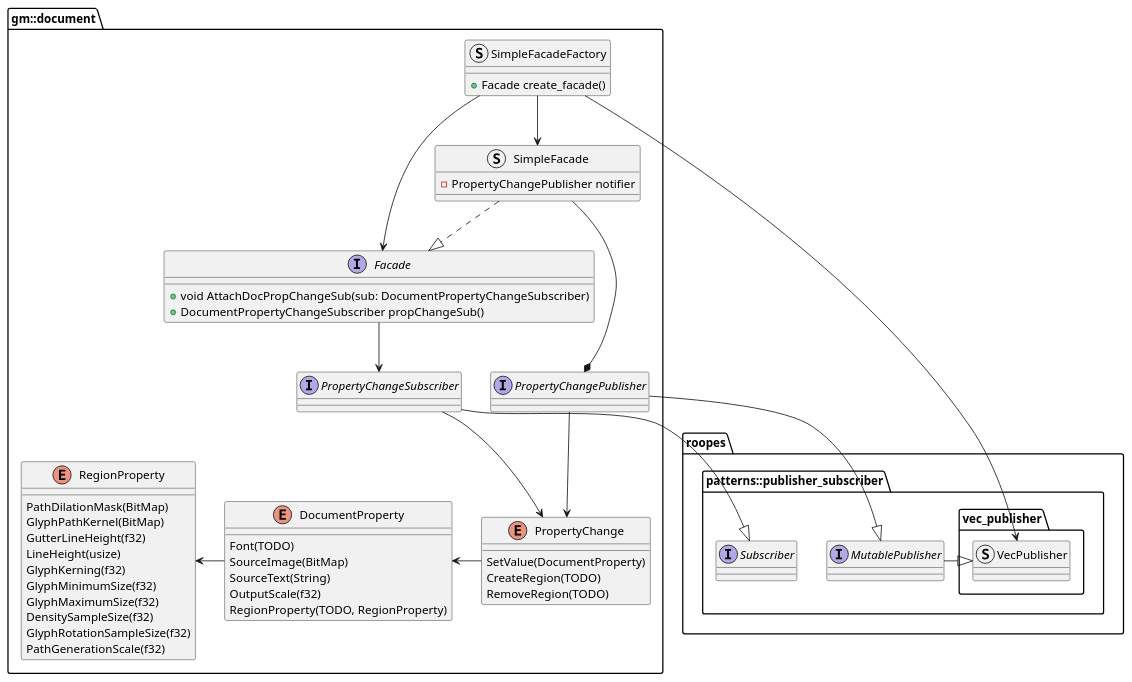
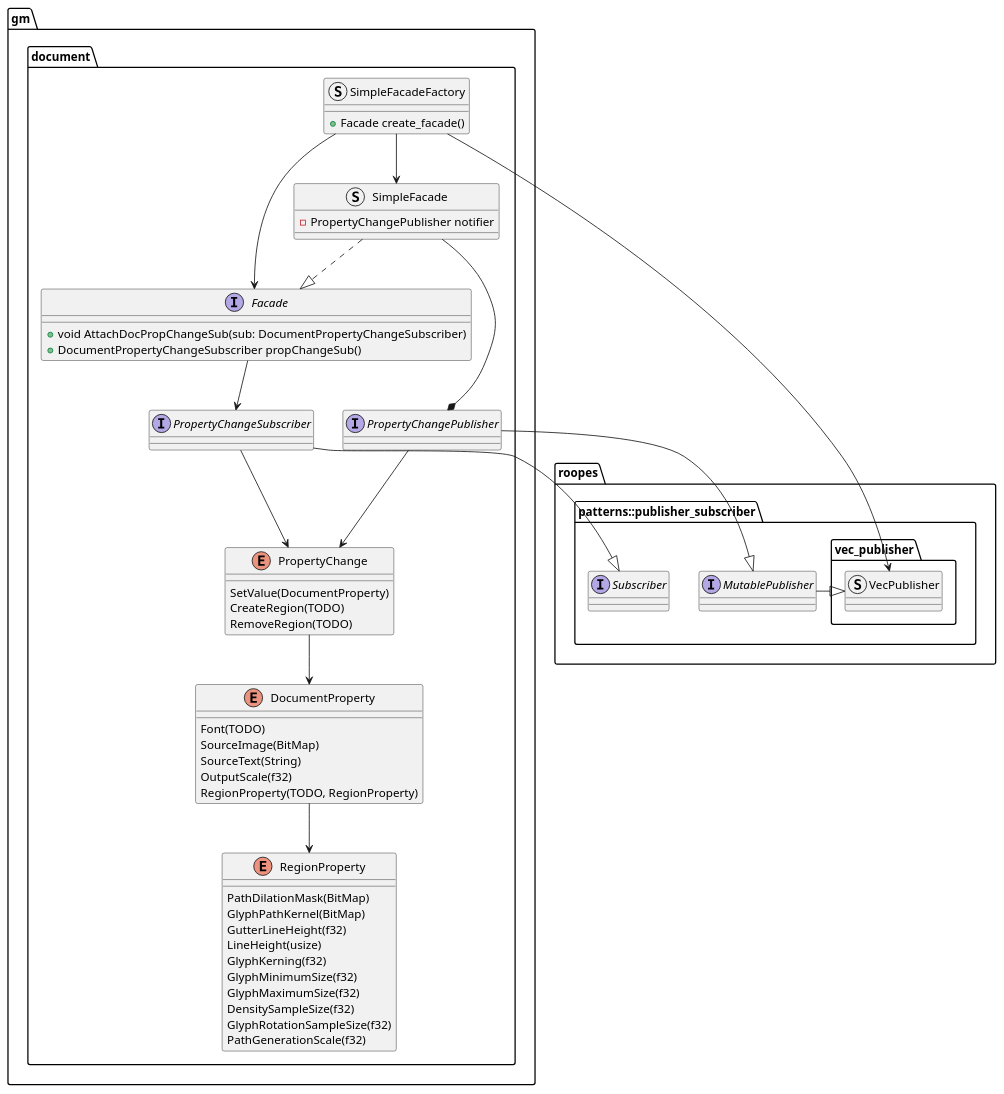
The diagram in documentation/Specification/diagrams/subsystems/document/intra.plantuml (zwerdlds/GlyphMosaic), drawn with PlantUML before and after one commit.

Commit message:
docs: document intra diagram cleanup

```diff
--- a/documentation/Specification/diagrams/subsystems/document/intra.plantuml
+++ b/documentation/Specification/diagrams/subsystems/document/intra.plantuml
@@ -1,83 +1,86 @@
 @startuml intra
 skinparam componentStyle uml1
 
-package "gm::document" as doc {
-    interface "Facade" as docf{
-        + void AttachDocPropChangeSub(sub: DocumentPropertyChangeSubscriber)
-        + DocumentPropertyChangeSubscriber propChangeSub()
-    }
+package "gm" as gm {
+    package "document" as doc {
+        interface "Facade" as docf{
+            + void AttachDocPropChangeSub(sub: DocumentPropertyChangeSubscriber)
+            + DocumentPropertyChangeSubscriber propChangeSub()
+        }
 
-    enum "PropertyChange" as docpc {
-        SetValue(DocumentProperty)
-        CreateRegion(TODO)
-        RemoveRegion(TODO)
-    }
+        enum "PropertyChange" as docpc {
+            SetValue(DocumentProperty)
+            CreateRegion(TODO)
+            RemoveRegion(TODO)
+        }
 
-    enum "DocumentProperty" as docp {
-        Font(TODO)
-        SourceImage(BitMap)
-        SourceText(String)
-        OutputScale(f32)
-        RegionProperty(TODO, RegionProperty)
-    }
+        enum "DocumentProperty" as docp {
+            Font(TODO)
+            SourceImage(BitMap)
+            SourceText(String)
+            OutputScale(f32)
+            RegionProperty(TODO, RegionProperty)
+        }
 
-    enum "RegionProperty" as docrp {
-        PathDilationMask(BitMap)
-        GlyphPathKernel(BitMap)
-        GutterLineHeight(f32)
-        LineHeight(usize)
-        GlyphKerning(f32)
-        GlyphMinimumSize(f32)
-        GlyphMaximumSize(f32)
-        DensitySampleSize(f32)
-        GlyphRotationSampleSize(f32)
-        PathGenerationScale(f32)
-    }
+        enum "RegionProperty" as docrp {
+            PathDilationMask(BitMap)
+            GlyphPathKernel(BitMap)
+            GutterLineHeight(f32)
+            LineHeight(usize)
+            GlyphKerning(f32)
+            GlyphMinimumSize(f32)
+            GlyphMaximumSize(f32)
+            DensitySampleSize(f32)
+            GlyphRotationSampleSize(f32)
+            PathGenerationScale(f32)
+        }
 
-    interface "PropertyChangePublisher" as docpcp
-    interface "PropertyChangeSubscriber" as docpcs
+        interface "PropertyChangePublisher" as docpcp
+        interface "PropertyChangeSubscriber" as docpcs
 
-    struct "SimpleFacadeFactory" as docsff {
-        + Facade create_facade()
-    }
-    struct "SimpleFacade" as docsf {
-        - PropertyChangePublisher notifier
+        struct "SimpleFacadeFactory" as docsff {
+            + Facade create_facade()
+        }
+        struct "SimpleFacade" as docsf {
+            - PropertyChangePublisher notifier
+        }
+
     }
 }
 
 package "roopes"  as roopes {
     package "patterns::publisher_subscriber" as rps {
         interface "MutablePublisher" as rmpsp
         interface "Subscriber" as rpss
 
         package "vec_publisher" as rpsvp {
             struct "VecPublisher" as rpsvpvp
         }
     }
 }
 
 
-docpc -l-> docp
+docpc -d-> docp
 
-docp -l-> docrp
+docp -d-> docrp
 
 docf --> docpcs
 
 docsf ..|> docf
 docsf --* docpcp
 
 docsff --> docsf
 docsff --> rpsvpvp
 docsff --> docf
 
 rmpsp -|> rpsvpvp
 
 docpcs --|> rpss
 docpcs --> docpc
 
 docpcp --|> rmpsp
 docpcp --> docpc
 
 
 
 @enduml
```
